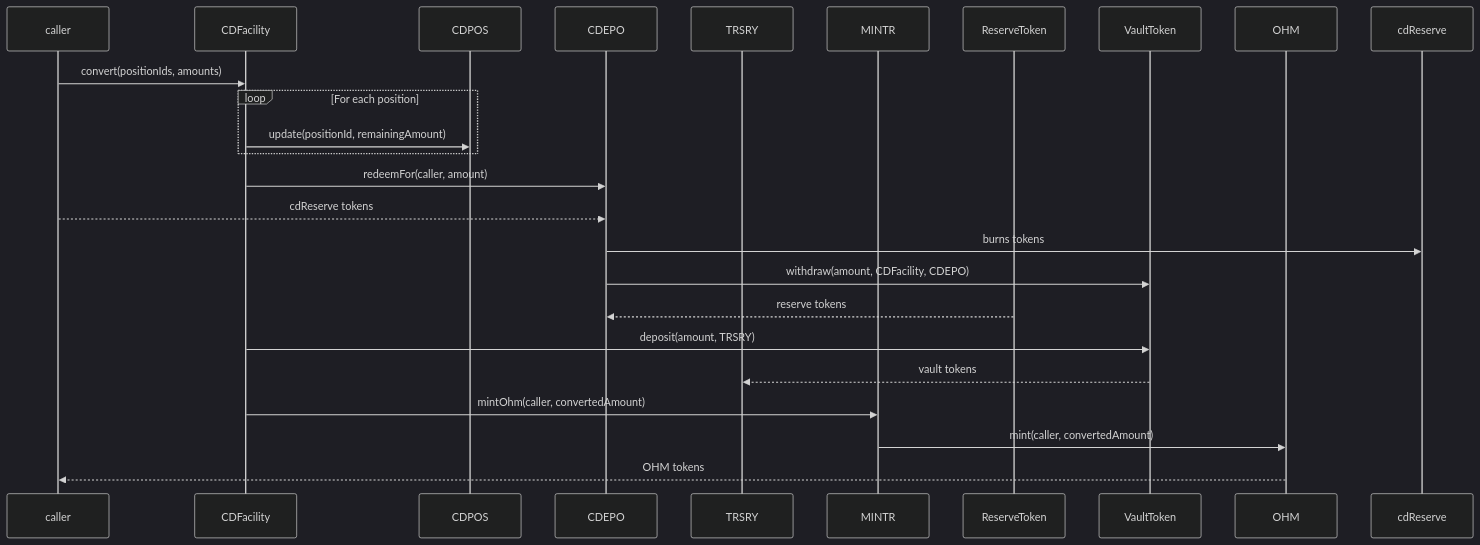
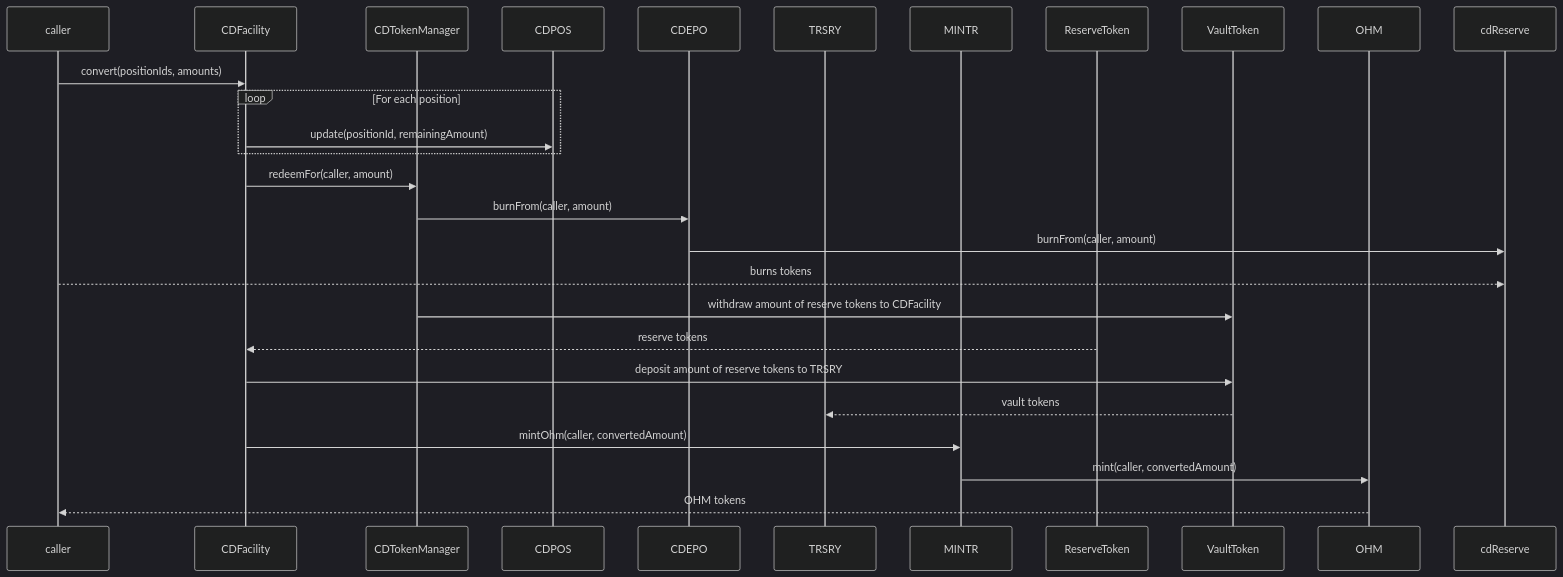
Before and after one commit to OlympusDAO/olympus-v3: the fourth of 7 diagrams in audit/2025-01_convertible-deposits/README.md, drawn with Mermaid (dark theme). The commit also changed other lines of this file, not shown here.

````diff
--- a/audit/2025-01_convertible-deposits/README.md
+++ b/audit/2025-01_convertible-deposits/README.md
@@ -273,28 +290,30 @@
 ```mermaid
 sequenceDiagram
     participant caller
     participant CDFacility
+    participant CDTokenManager
     participant CDPOS
     participant CDEPO
     participant TRSRY
     participant MINTR
     participant ReserveToken
     participant VaultToken
     participant OHM
     participant cdReserve
 
     caller->>CDFacility: convert(positionIds, amounts)
     loop For each position
         CDFacility->>CDPOS: update(positionId, remainingAmount)
     end
-    CDFacility->>CDEPO: redeemFor(caller, amount)
-    caller-->>CDEPO: cdReserve tokens
-    CDEPO->>cdReserve: burns tokens
-    CDEPO->>VaultToken: withdraw(amount, CDFacility, CDEPO)
-    ReserveToken-->>CDEPO: reserve tokens
-    CDFacility->>VaultToken: deposit(amount, TRSRY)
+    CDFacility->>CDTokenManager: redeemFor(caller, amount)
+    CDTokenManager->>CDEPO: burnFrom(caller, amount)
+    CDEPO->>cdReserve: burnFrom(caller, amount)
+    caller-->>cdReserve: burns tokens
+    CDTokenManager->>VaultToken: withdraw amount of reserve tokens to CDFacility
+    ReserveToken-->>CDFacility: reserve tokens
+    CDFacility->>VaultToken: deposit amount of reserve tokens to TRSRY
     VaultToken-->>TRSRY: vault tokens
     CDFacility->>MINTR: mintOhm(caller, convertedAmount)
     MINTR->>OHM: mint(caller, convertedAmount)
     OHM-->>caller: OHM tokens
 ```
````
